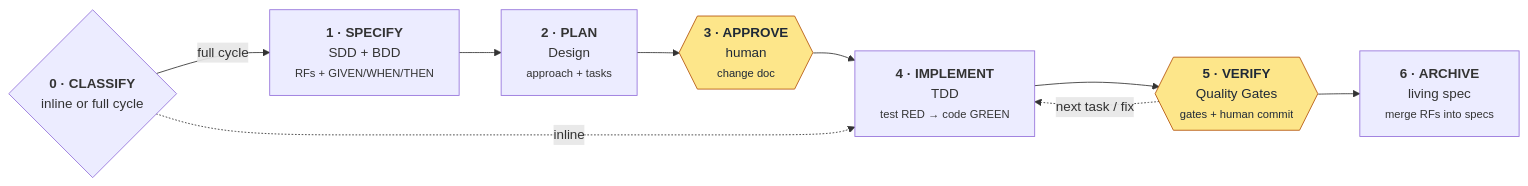
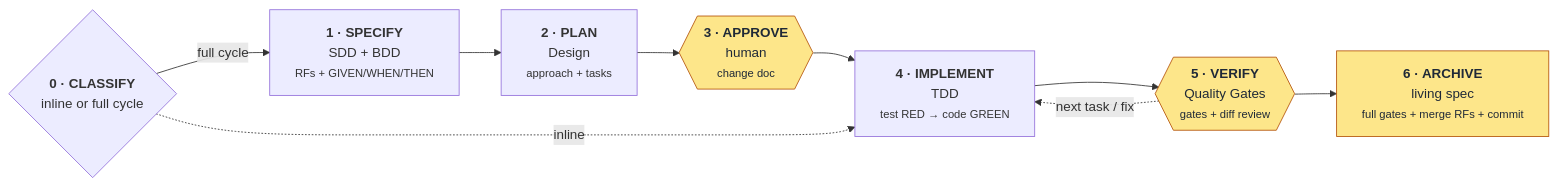
The diagram in readme.md (stevenhdz/spec-driven-development), drawn with Mermaid before and after one commit. The commit also changed other lines of this file and 9 other files, not shown here.

````diff
--- a/readme.md
+++ b/readme.md
@@ -69,17 +75,17 @@
 ```mermaid
 flowchart LR
     C{"<b>0 · CLASSIFY</b><br/>inline or full cycle"}
     S["<b>1 · SPECIFY</b><br/>SDD + BDD<br/><small>RFs + GIVEN/WHEN/THEN</small>"]
     P["<b>2 · PLAN</b><br/>Design<br/><small>approach + tasks</small>"]
     A{{"<b>3 · APPROVE</b><br/>human<br/><small>change doc</small>"}}
     I["<b>4 · IMPLEMENT</b><br/>TDD<br/><small>test RED → code GREEN</small>"]
-    V{{"<b>5 · VERIFY</b><br/>Quality Gates<br/><small>gates + human commit</small>"}}
-    R["<b>6 · ARCHIVE</b><br/>living spec<br/><small>merge RFs into specs</small>"]
+    V{{"<b>5 · VERIFY</b><br/>Quality Gates<br/><small>gates + diff review</small>"}}
+    R["<b>6 · ARCHIVE</b><br/>living spec<br/><small>full gates + merge RFs + commit</small>"]
 
     C -->|full cycle| S --> P --> A --> I --> V --> R
     C -. inline .-> I
     V -. next task / fix .-> I
 
     classDef human fill:#fde68a,stroke:#b45309,color:#1f2937
-    class A,V human
+    class A,V,R human
 ```
````
